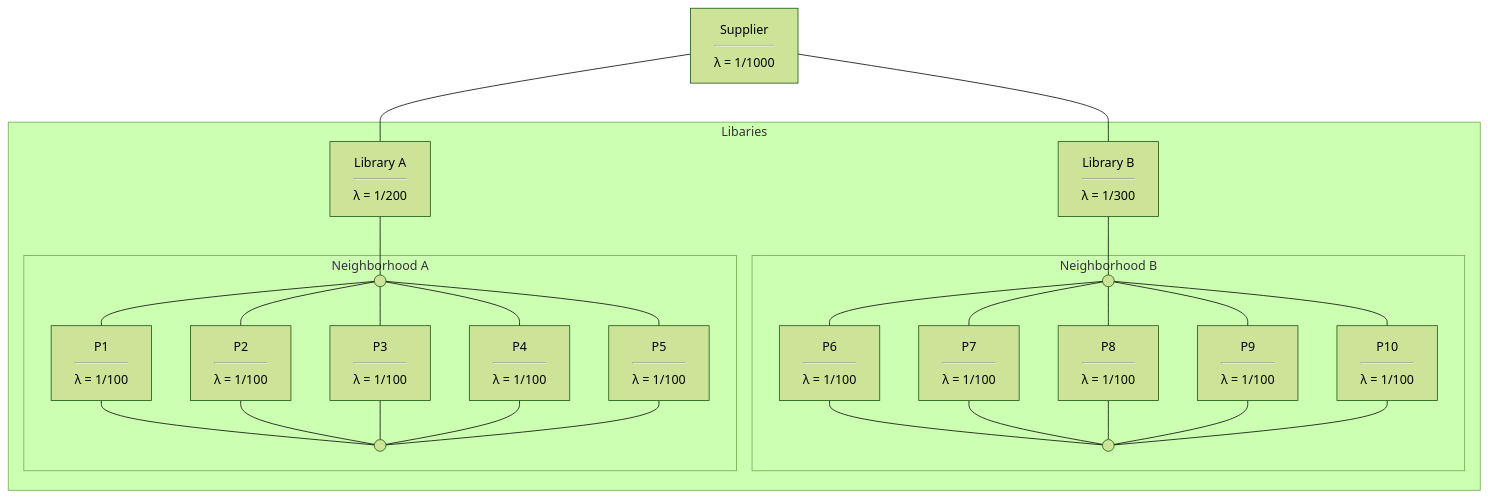
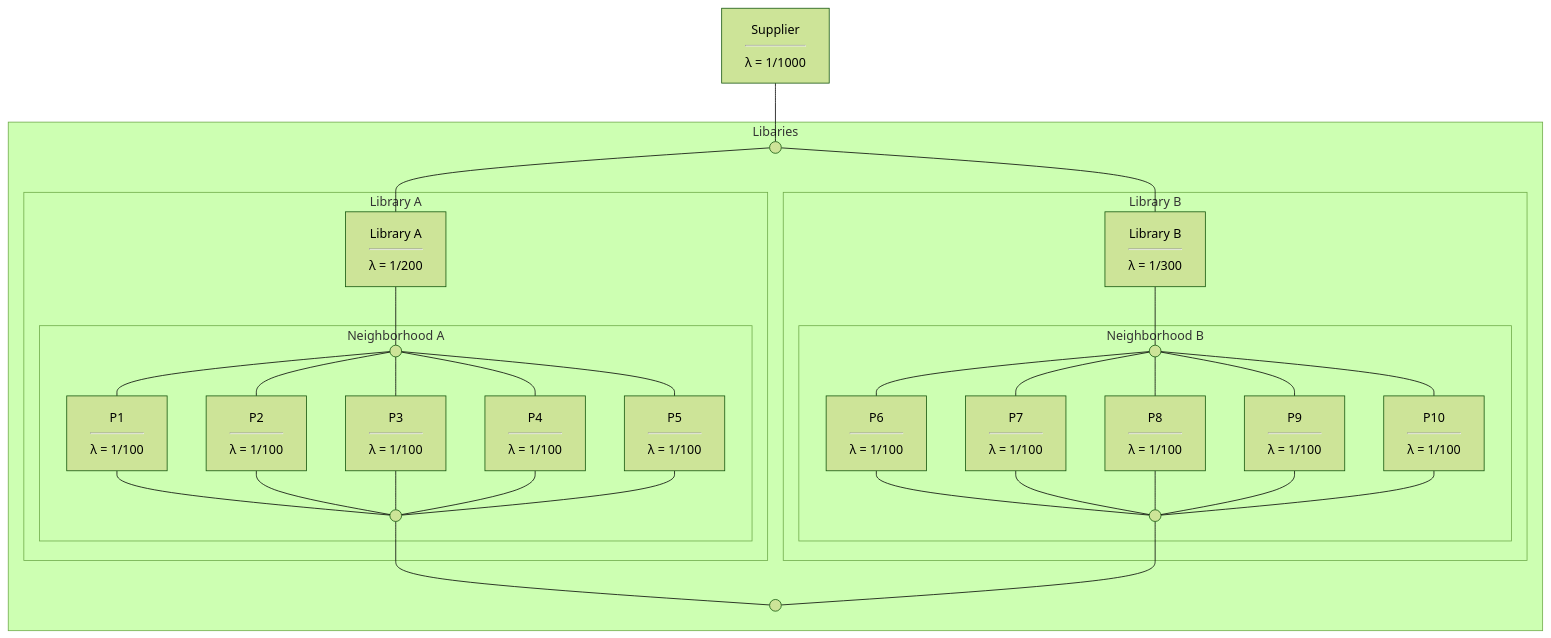
One commit to timothyfraser/sysen changed the second of 2 diagrams in workshops/recitation_4_diagrams.md. Above: the diagram before and after it, drawn with Mermaid (forest theme).

````diff
--- a/workshops/recitation_4_diagrams.md
+++ b/workshops/recitation_4_diagrams.md
@@ -68,52 +68,63 @@
 ```mermaid
 graph TD
 
 s["Supplier<hr>&lambda; = 1/1000"]
     
-s---la
-s---lb
+s---l0
 
 subgraph "Libaries"
+    l0((" "))
+    l0---la
+    l0---lb
+    
+    subgraph "Library A"
     la["Library A<hr>&lambda; = 1/200"]
-    lb["Library B<hr>&lambda; = 1/300"]
+    la---naa
     
-la---naa
-lb---nba
-
-subgraph nb["Neighborhood B"]
-    nba((" "))
-    nbz((" "))
-    r6["P6<hr>&lambda; = 1/100"]; r7["P7<hr>&lambda; = 1/100"];
-    r8["P8<hr>&lambda; = 1/100"]; r9["P9<hr>&lambda; = 1/100"]; r10["P10<hr>&lambda; = 1/100"];
-    nba --- r6
-    nba --- r7
-    nba --- r8
-    nba --- r9
-    nba --- r10
-    r6 --- nbz
-    r7 --- nbz
-    r8 --- nbz
-    r9 --- nbz
-    r10 --- nbz
-end
-
 subgraph na["Neighborhood A"]
     naa((" "))
     naz((" "))
     r1["P1<hr>&lambda; = 1/100"]; r2["P2<hr>&lambda; = 1/100"]; r3["P3<hr>&lambda; = 1/100"]; 
     r4["P4<hr>&lambda; = 1/100"]; r5["P5<hr>&lambda; = 1/100"];
     naa --- r1
     naa --- r2
     naa --- r3
     naa --- r4
     naa --- r5
     r1 --- naz
     r2 --- naz
     r3 --- naz
     r4 --- naz
     r5 --- naz
 end
+    end
 
+    subgraph "Library B"
+    lb["Library B<hr>&lambda; = 1/300"]
+    lb---nba
+    subgraph nb["Neighborhood B"]
+    nba((" "))
+    nbz((" "))
+    r6["P6<hr>&lambda; = 1/100"]; r7["P7<hr>&lambda; = 1/100"];
+    r8["P8<hr>&lambda; = 1/100"]; r9["P9<hr>&lambda; = 1/100"]; r10["P10<hr>&lambda; = 1/100"];
+    nba --- r6
+    nba --- r7
+    nba --- r8
+    nba --- r9
+    nba --- r10
+    r6 --- nbz
+    r7 --- nbz
+    r8 --- nbz
+    r9 --- nbz
+    r10 --- nbz
+end
+    end
+
+
+
+lz((" "))
+naz---lz
+nbz---lz
 end
 
 ```
````
